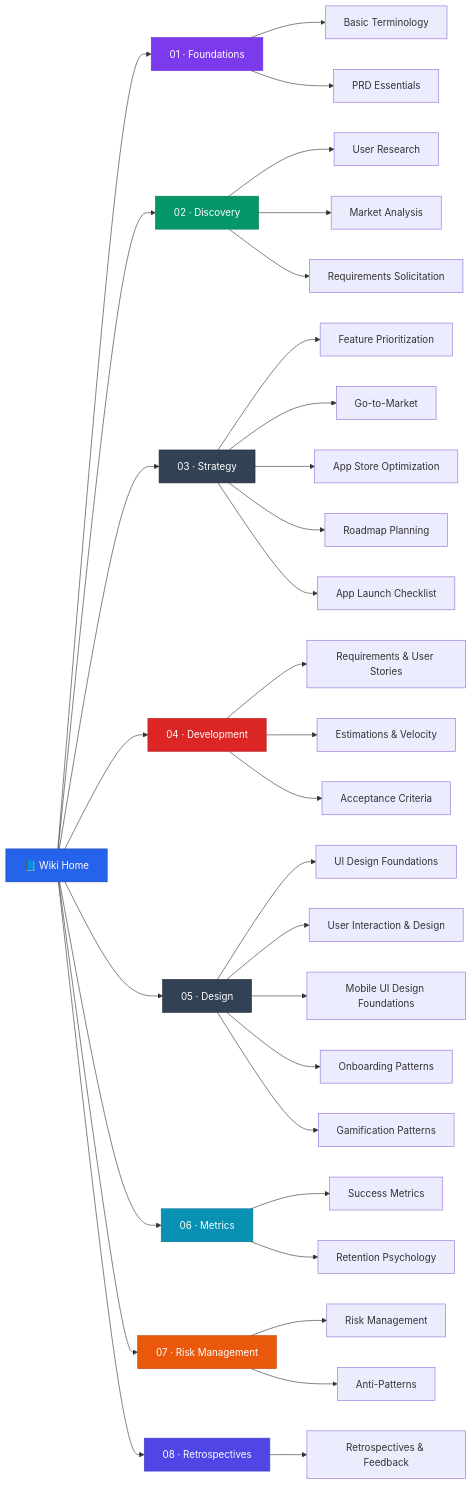
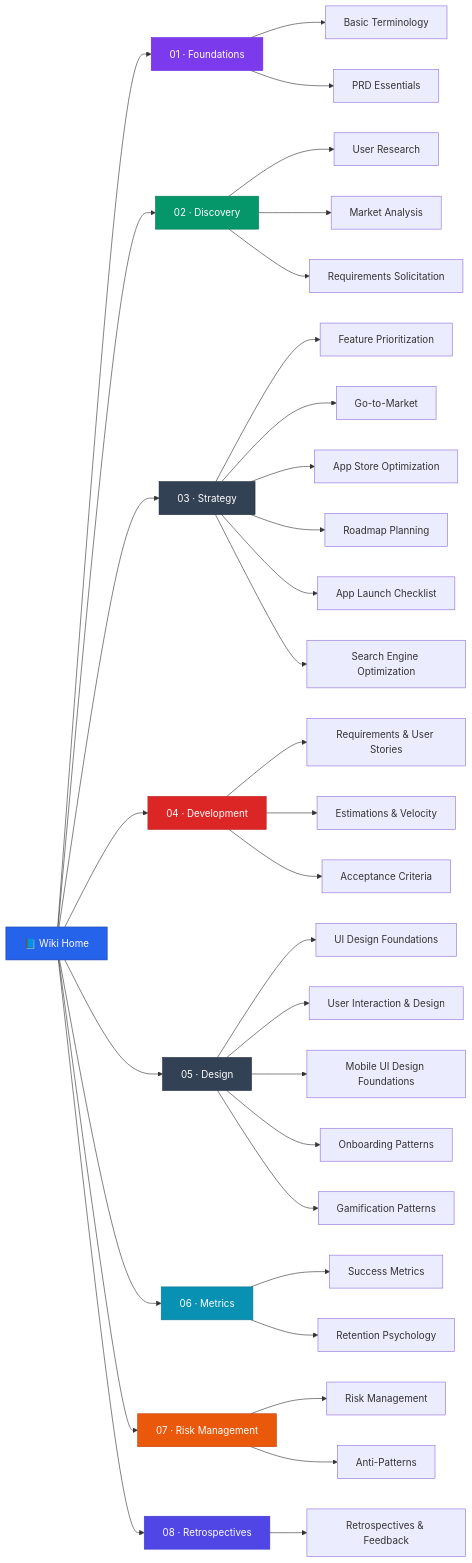
Before and after one commit to DimKouts84/product_management_development_wiki: the diagram in README.md, drawn with Mermaid. The commit also changed other lines of this file and 5 other files, not shown here.

Commit message:
feat: introduce Search Engine Optimization section and related links in strategy documentation

````diff
--- a/README.md
+++ b/README.md
@@ -23,52 +23,53 @@
 ```mermaid
 graph LR
     HOME["📘 Wiki Home"] --> F["01 · Foundations"]
     HOME --> D["02 · Discovery"]
     HOME --> S["03 · Strategy"]
     HOME --> DEV["04 · Development"]
     HOME --> DES["05 · Design"]
     HOME --> M["06 · Metrics"]
     HOME --> R["07 · Risk Management"]
     HOME --> RET["08 · Retrospectives"]
 
     F --> F1["Basic Terminology"]
     F --> F2["PRD Essentials"]
 
     D --> D1["User Research"]
     D --> D2["Market Analysis"]
     D --> D3["Requirements Solicitation"]
 
     S --> S1["Feature Prioritization"]
     S --> S2["Go-to-Market"]
     S --> S3["App Store Optimization"]
     S --> S4["Roadmap Planning"]
     S --> S5["App Launch Checklist"]
+    S --> S6["Search Engine Optimization"]
 
     DEV --> DEV1["Requirements & User Stories"]
     DEV --> DEV2["Estimations & Velocity"]
     DEV --> DEV3["Acceptance Criteria"]
 
     DES --> DES1["UI Design Foundations"]
     DES --> DES2["User Interaction & Design"]
     DES --> DES3["Mobile UI Design Foundations"]
     DES --> DES4["Onboarding Patterns"]
     DES --> DES5["Gamification Patterns"]
 
     M --> M1["Success Metrics"]
     M --> M2["Retention Psychology"]
 
     R --> R1["Risk Management"]
     R --> R2["Anti-Patterns"]
 
     RET --> RET1["Retrospectives & Feedback"]
 
     style HOME fill:#2563eb,stroke:#1e40af,color:#fff
     style F fill:#7c3aed,stroke:#6d28d9,color:#fff
     style D fill:#059669,stroke:#047857,color:#fff
     style S fill:#334155,stroke:#1e293b,color:#fff
     style DEV fill:#dc2626,stroke:#b91c1c,color:#fff
     style DES fill:#334155,stroke:#1e293b,color:#fff
     style M fill:#0891b2,stroke:#0e7490,color:#fff
     style R fill:#ea580c,stroke:#c2410c,color:#fff
     style RET fill:#4f46e5,stroke:#4338ca,color:#fff
 ```
````
